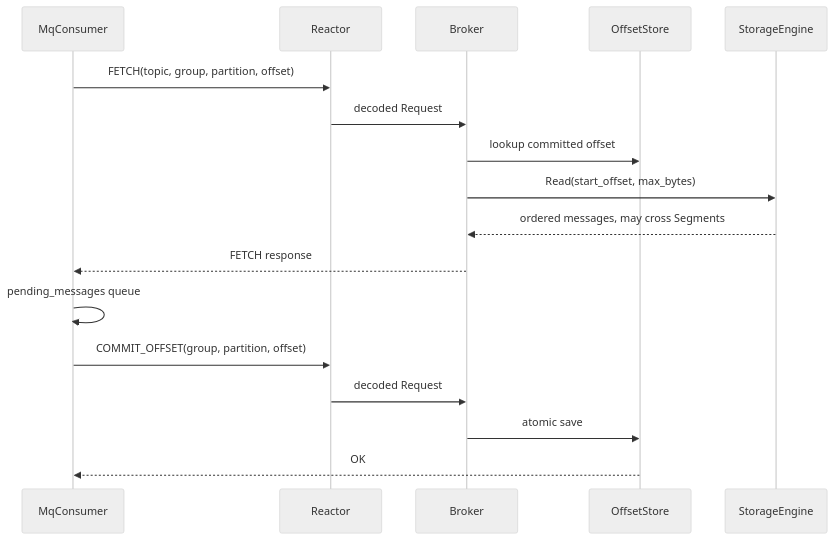
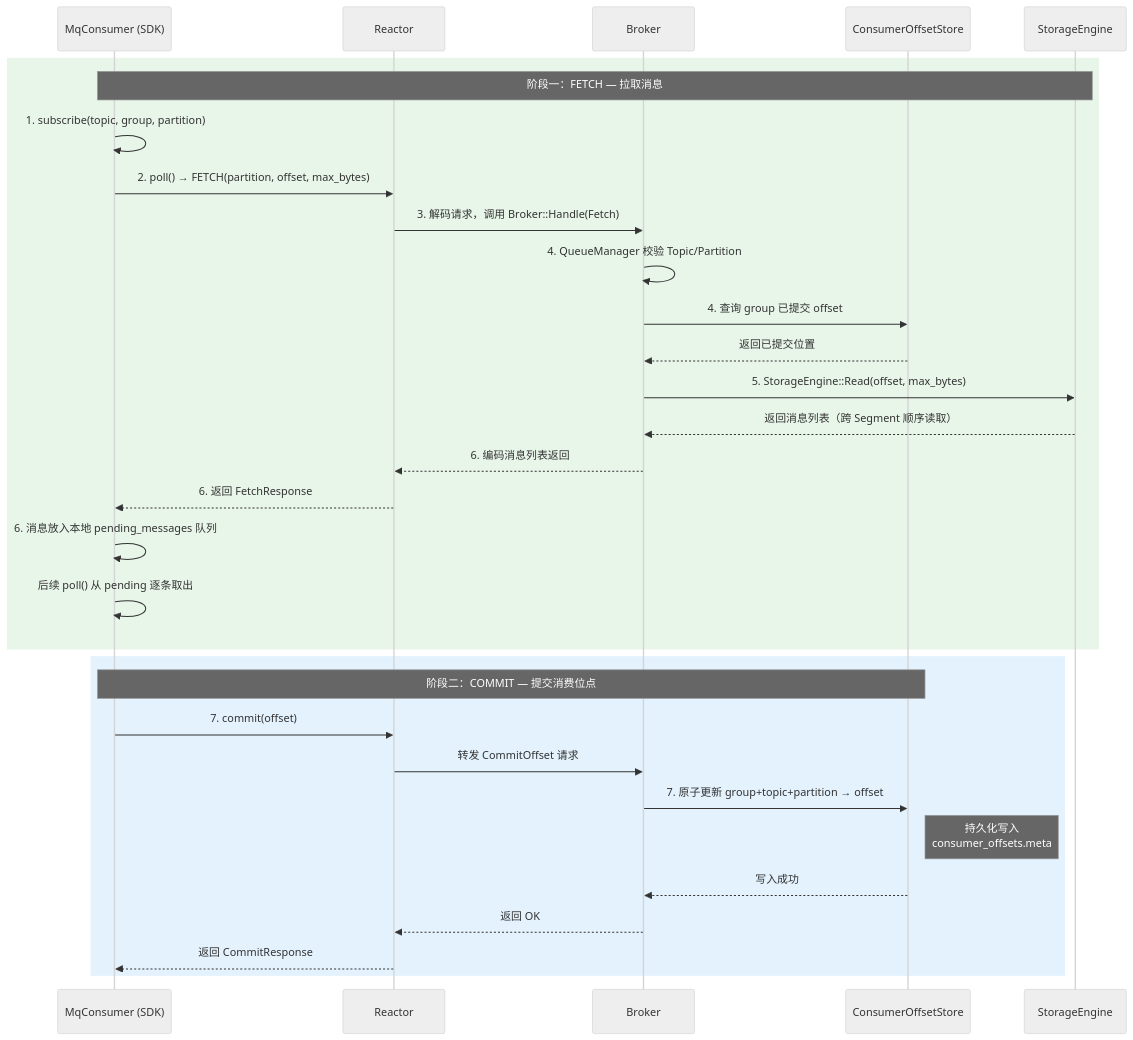
One commit to BluesABC/mq-project changed the third of 5 diagrams in docs/project-architecture-analysis.md. Above: the diagram before and after it, drawn with Mermaid (neutral theme). The commit also changed other lines of this file and 4 other files, not shown here.

````diff
--- a/docs/project-architecture-analysis.md
+++ b/docs/project-architecture-analysis.md
@@ -145,20 +145,35 @@
 ```mermaid
 sequenceDiagram
-    participant C as MqConsumer
-    participant T as Reactor
-    participant B as Broker
-    participant O as OffsetStore
-    participant S as StorageEngine
+    participant Consumer as MqConsumer (SDK)
+    participant Reactor as Reactor
+    participant Broker as Broker
+    participant OffsetStore as ConsumerOffsetStore
+    participant Storage as StorageEngine
 
-    C->>T: FETCH(topic, group, partition, offset)
-    T->>B: decoded Request
-    B->>O: lookup committed offset
-    B->>S: Read(start_offset, max_bytes)
-    S-->>B: ordered messages, may cross Segments
-    B-->>C: FETCH response
-    C->>C: pending_messages queue
-    C->>T: COMMIT_OFFSET(group, partition, offset)
-    T->>B: decoded Request
-    B->>O: atomic save
-    O-->>C: OK
+    rect rgb(232, 245, 233)
+        Note over Consumer, Storage: 阶段一：FETCH — 拉取消息
+        Consumer ->> Consumer: 1. subscribe(topic, group, partition)
+        Consumer ->> Reactor: 2. poll() → FETCH(partition, offset, max_bytes)
+        Reactor ->> Broker: 3. 解码请求，调用 Broker::Handle(Fetch)
+        Broker ->> Broker: 4. QueueManager 校验 Topic/Partition
+        Broker ->> OffsetStore: 4. 查询 group 已提交 offset
+        OffsetStore -->> Broker: 返回已提交位置
+        Broker ->> Storage: 5. StorageEngine::Read(offset, max_bytes)
+        Storage -->> Broker: 返回消息列表（跨 Segment 顺序读取）
+        Broker -->> Reactor: 6. 编码消息列表返回
+        Reactor -->> Consumer: 6. 返回 FetchResponse
+        Consumer ->> Consumer: 6. 消息放入本地 pending_messages 队列
+        Consumer ->> Consumer: 后续 poll() 从 pending 逐条取出
+    end
+
+    rect rgb(227, 242, 253)
+        Note over Consumer, OffsetStore: 阶段二：COMMIT — 提交消费位点
+        Consumer ->> Reactor: 7. commit(offset)
+        Reactor ->> Broker: 转发 CommitOffset 请求
+        Broker ->> OffsetStore: 7. 原子更新 group+topic+partition → offset
+        Note right of OffsetStore: 持久化写入<br/>consumer_offsets.meta
+        OffsetStore -->> Broker: 写入成功
+        Broker -->> Reactor: 返回 OK
+        Reactor -->> Consumer: 返回 CommitResponse
+    end
 ```
````
